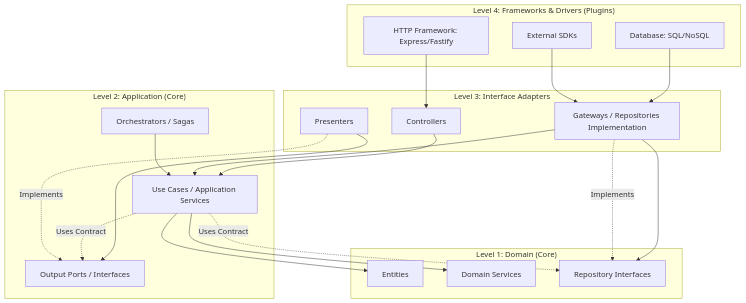
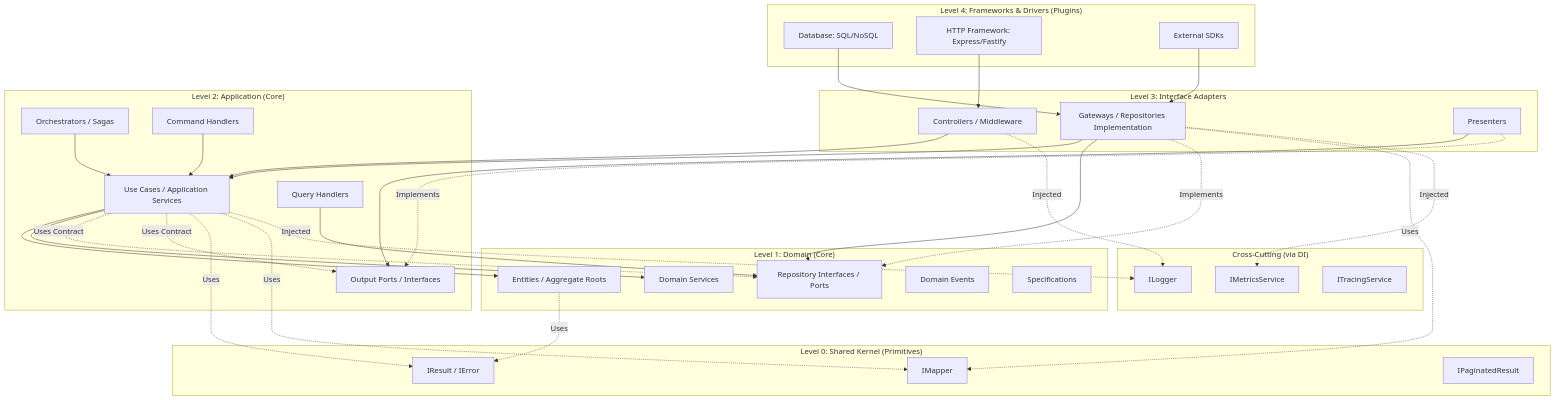
One commit to fabioferreccio/antigravity-skills changed the diagram in .agents/skills/clean-architecture/graph/dependency-rules.mermaid. Above: the diagram before and after it, drawn with Mermaid. The commit also changed 16 other files, not shown here.

Commit message:
feat(clean-architecture): upgrade to v1.1.0 with enriched modules, new patterns and eval suite

```diff
--- a/.agents/skills/clean-architecture/graph/dependency-rules.mermaid
+++ b/.agents/skills/clean-architecture/graph/dependency-rules.mermaid
@@ -1,44 +1,73 @@
 graph TD
+    subgraph "Level 0: Shared Kernel (Primitives)"
+        K1[IResult / IError]
+        K2[IMapper]
+        K3[IPaginatedResult]
+    end
+
+    subgraph "Cross-Cutting (via DI)"
+        CC1[ILogger]
+        CC2[IMetricsService]
+        CC3[ITracingService]
+    end
+
     subgraph "Level 4: Frameworks & Drivers (Plugins)"
         F1[Database: SQL/NoSQL]
         F2[HTTP Framework: Express/Fastify]
         F3[External SDKs]
     end
 
     subgraph "Level 3: Interface Adapters"
-        A1[Controllers]
+        A1[Controllers / Middleware]
         A2[Gateways / Repositories Implementation]
         A3[Presenters]
     end
 
     subgraph "Level 2: Application (Core)"
         U1[Use Cases / Application Services]
         U2[Orchestrators / Sagas]
         U3[Output Ports / Interfaces]
+        U4[Command Handlers]
+        U5[Query Handlers]
     end
 
     subgraph "Level 1: Domain (Core)"
-        E1[Entities]
+        E1[Entities / Aggregate Roots]
         E2[Domain Services]
-        E3[Repository Interfaces]
+        E3[Repository Interfaces / Ports]
+        E4[Domain Events]
+        E5[Specifications]
     end
 
     %% Dependency Rules (Pointing Inwards)
     F1 --> A2
     F2 --> A1
     F3 --> A2
-    
+
     A1 --> U1
     A2 --> U1
     A2 --> E3
     A3 --> U3
-    
+
     U1 --> E1
     U1 --> E2
     U2 --> U1
+    U4 --> U1
+    U5 --> E3
 
     %% Inversion of Control (DIP)
     U1 -.-> |Uses Contract| E3
     U1 -.-> |Uses Contract| U3
     A2 -.-> |Implements| E3
     A3 -.-> |Implements| U3
+
+    %% Shared Kernel (all layers may depend on)
+    E1 -.-> |Uses| K1
+    U1 -.-> |Uses| K1
+    U1 -.-> |Uses| K2
+    A2 -.-> |Uses| K2
+
+    %% Cross-Cutting (injected via DI, available to all)
+    U1 -.-> |Injected| CC1
+    A1 -.-> |Injected| CC1
+    A2 -.-> |Injected| CC2
```
